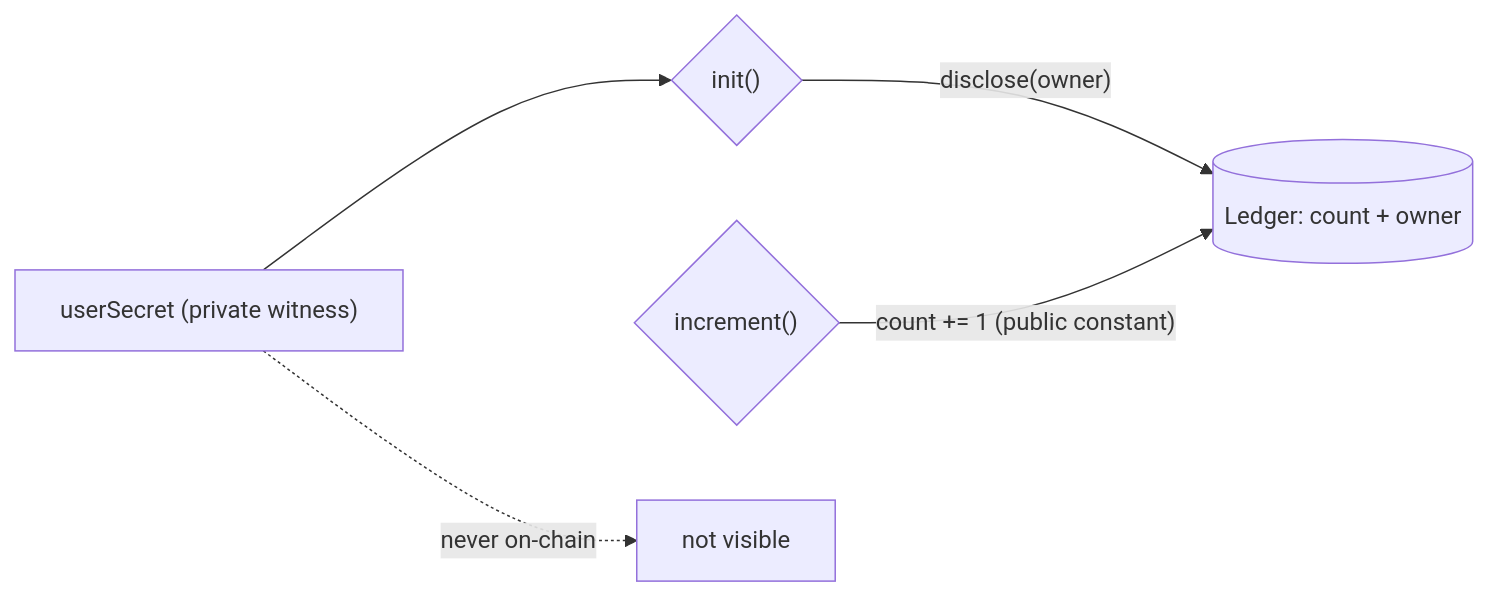
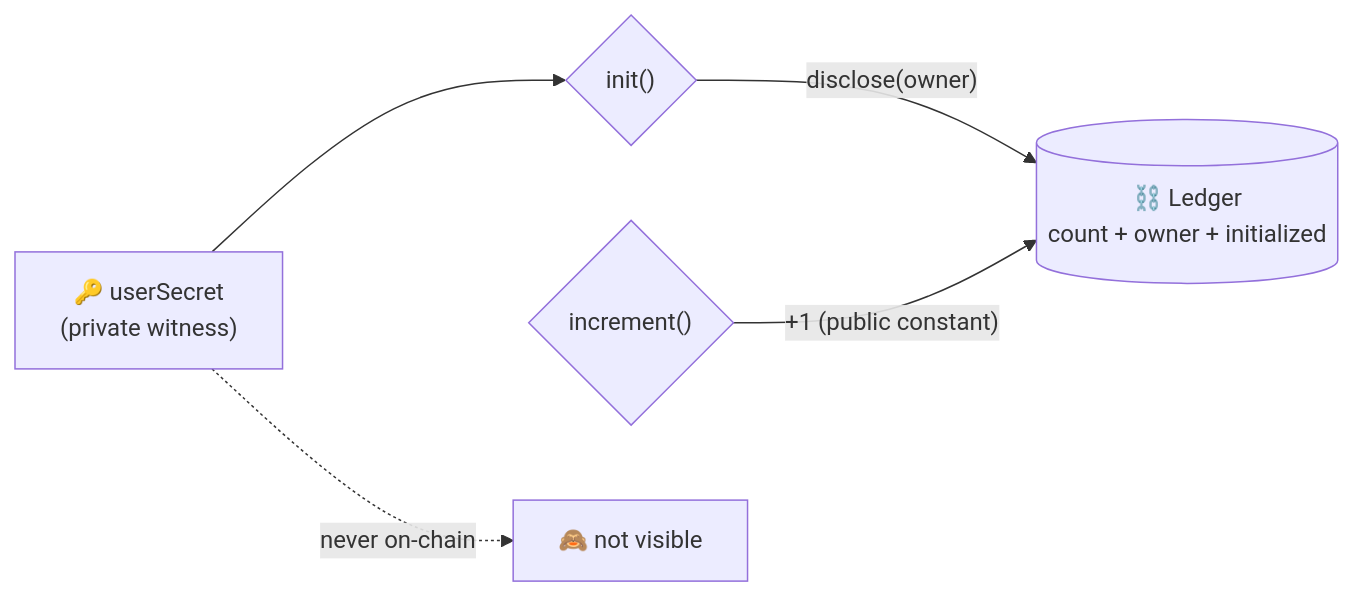
One commit to koushiknoah77/Nyx changed the first of 2 diagrams in README.md. Above: the diagram before and after it, drawn with Mermaid. The commit also changed other lines of this file, not shown here.

Commit message:
docs: wow-factor README with animated banner, diagrams, badges

````diff
--- a/README.md
+++ b/README.md
@@ -58,7 +56,7 @@
 ```mermaid
 flowchart LR
-    A["userSecret (private witness)"] --> C{"init()"}
-    C -->|"disclose(owner)"| E[("Ledger: count + owner")]
-    D{"increment()"} -->|"count += 1 (public constant)"| E
-    A -.->|"never on-chain"| F["not visible"]
+    A["🔑 userSecret<br/>(private witness)"] --> C{"init()"}
+    C -->|"disclose(owner)"| E[("⛓️ Ledger<br/>count + owner + initialized")]
+    D{"increment()"} -->|"+1 (public constant)"| E
+    A -.->|"never on-chain"| F["🙈 not visible"]
 ```
````
